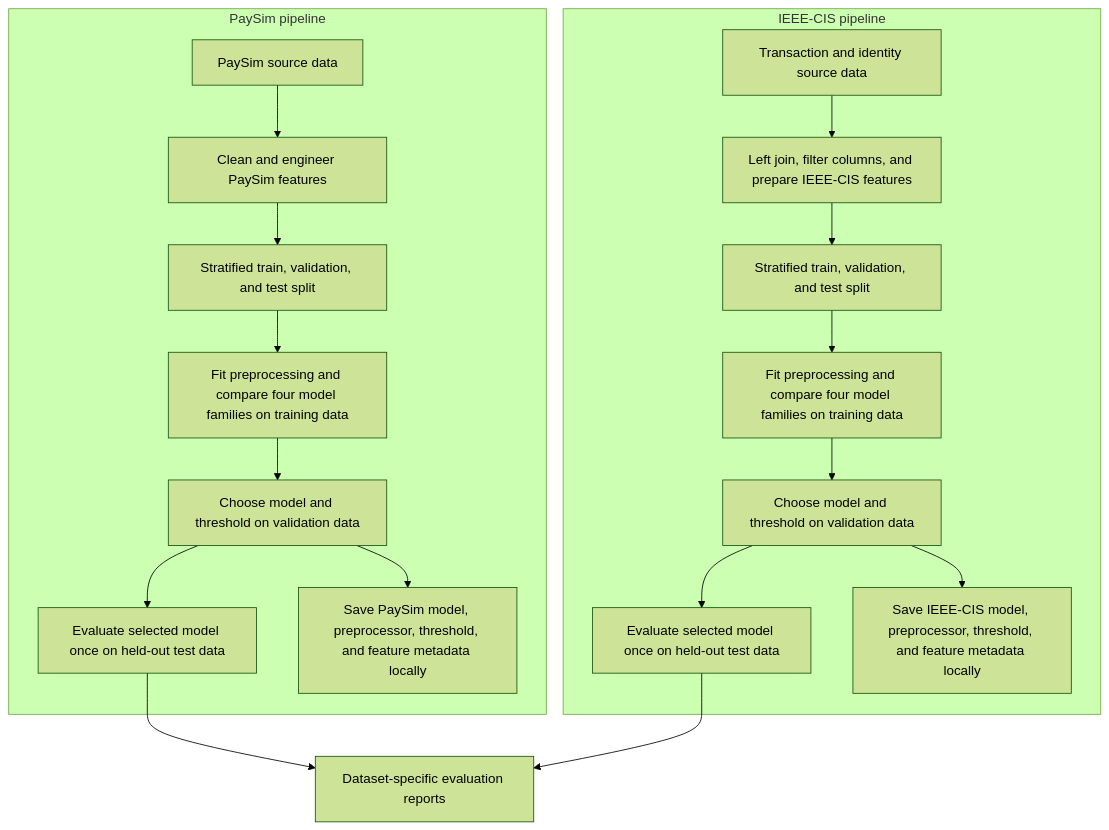
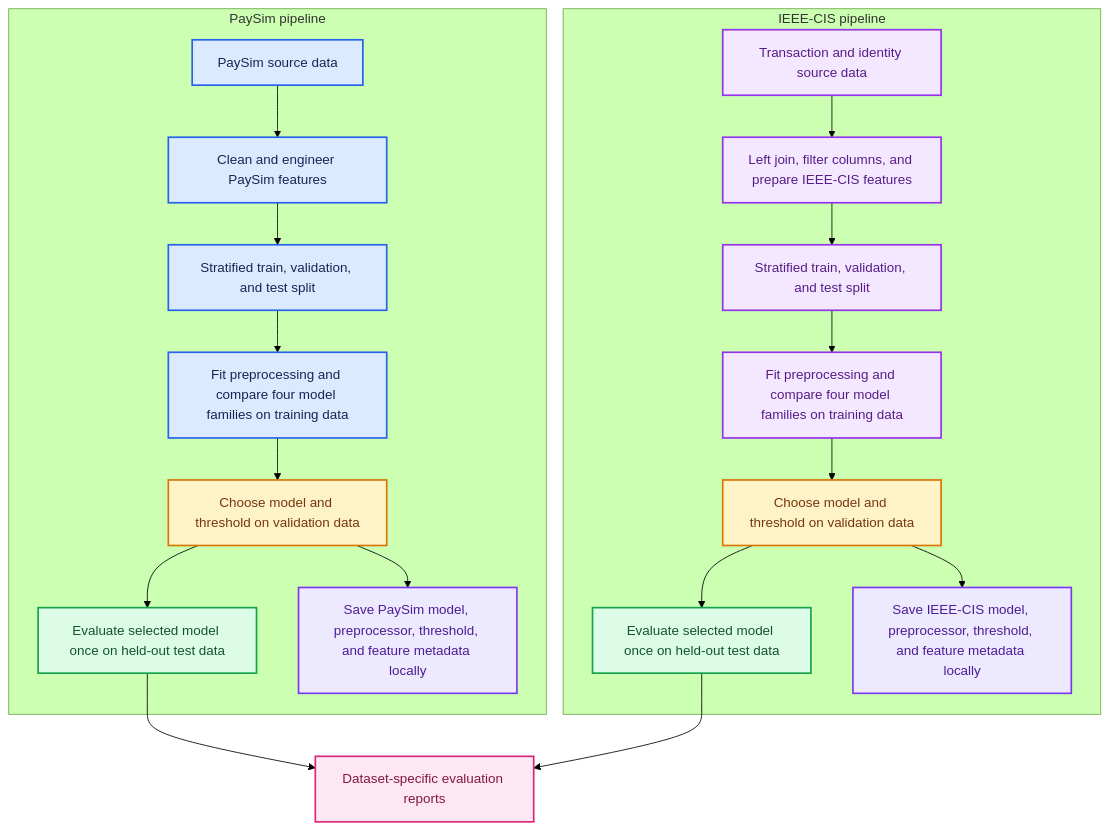
The first of 2 diagrams in ARCHITECTURE.md (End-2007/Privacy-Preserving-Multi-Institutional-Financial-Fraud-Detection), drawn with Mermaid (forest theme) before and after one commit. The commit also changed other lines of this file and 1 other file, not shown here.

Commit message:
Polish documentation diagrams and result tables

````diff
--- a/ARCHITECTURE.md
+++ b/ARCHITECTURE.md
@@ -15,21 +15,34 @@
 ```mermaid
 flowchart TB
     subgraph PaySim[PaySim pipeline]
         PData[PaySim source data] --> PPrep[Clean and engineer PaySim features]
         PPrep --> PSplit[Stratified train, validation, and test split]
         PSplit --> PTrain[Fit preprocessing and compare four model families on training data]
         PTrain --> PSelect[Choose model and threshold on validation data]
         PSelect --> PTest[Evaluate selected model once on held-out test data]
         PSelect --> PBundle[Save PaySim model, preprocessor, threshold, and feature metadata locally]
     end
     subgraph IEEE[IEEE-CIS pipeline]
         IData[Transaction and identity source data] --> IPrep[Left join, filter columns, and prepare IEEE-CIS features]
         IPrep --> ISplit[Stratified train, validation, and test split]
         ISplit --> ITrain[Fit preprocessing and compare four model families on training data]
         ITrain --> ISelect[Choose model and threshold on validation data]
         ISelect --> ITest[Evaluate selected model once on held-out test data]
         ISelect --> IBundle[Save IEEE-CIS model, preprocessor, threshold, and feature metadata locally]
     end
     PTest --> Reports[Dataset-specific evaluation reports]
     ITest --> Reports
+
+    classDef paysim fill:#DBEAFE,stroke:#2563EB,color:#172554,stroke-width:2px;
+    classDef ieee fill:#F3E8FF,stroke:#9333EA,color:#581C87,stroke-width:2px;
+    classDef validation fill:#FEF3C7,stroke:#D97706,color:#78350F,stroke-width:2px;
+    classDef test fill:#DCFCE7,stroke:#16A34A,color:#14532D,stroke-width:2px;
+    classDef artifacts fill:#EDE9FE,stroke:#7C3AED,color:#4C1D95,stroke-width:2px;
+    classDef reports fill:#FCE7F3,stroke:#DB2777,color:#831843,stroke-width:2px;
+    class PData,PPrep,PSplit,PTrain paysim;
+    class IData,IPrep,ISplit,ITrain ieee;
+    class PSelect,ISelect validation;
+    class PTest,ITest test;
+    class PBundle,IBundle artifacts;
+    class Reports reports;
 ```
````
